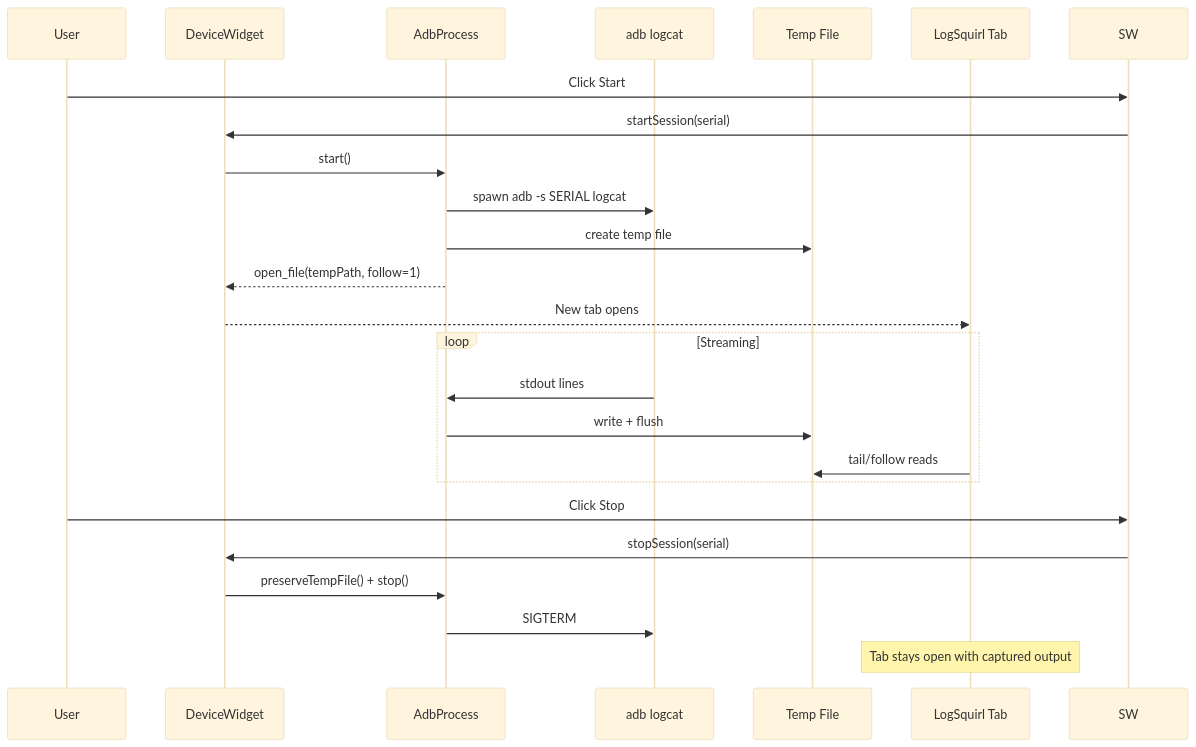
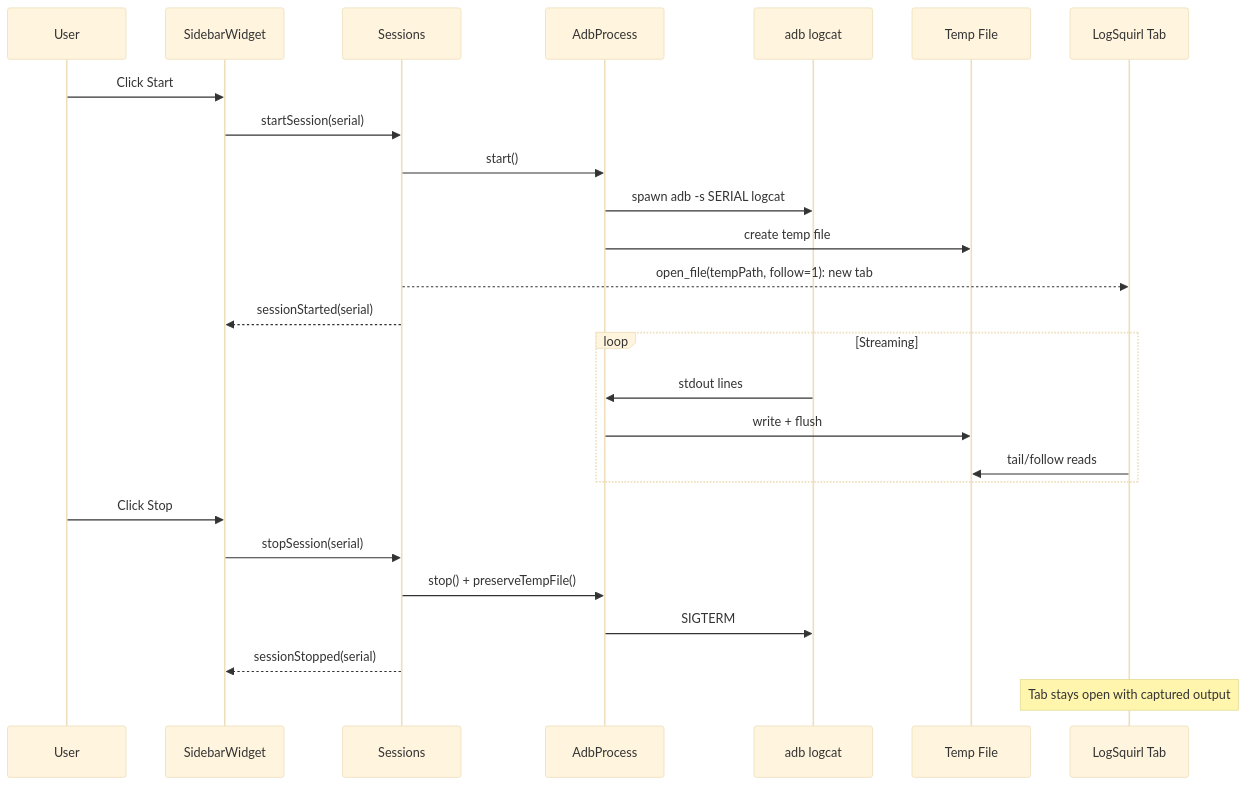
One commit to 64x-lunicorn/LogSquirl-Logcat changed the second of 3 diagrams in README.md. Above: the diagram before and after it, drawn with Mermaid (base theme). The commit also changed other lines of this file and 16 other files, not shown here.

````diff
--- a/README.md
+++ b/README.md
@@ -216,27 +220,29 @@
 ```mermaid
 sequenceDiagram
     participant User
-    participant DW as DeviceWidget
+    participant SW as SidebarWidget
+    participant S as Sessions
     participant AP as AdbProcess
     participant ADB as adb logcat
     participant TF as Temp File
     participant LS as LogSquirl Tab
 
     User->>SW: Click Start
-    SW->>DW: startSession(serial)
-    DW->>AP: start()
+    SW->>S: startSession(serial)
+    S->>AP: start()
     AP->>ADB: spawn adb -s SERIAL logcat
     AP->>TF: create temp file
-    AP-->>DW: open_file(tempPath, follow=1)
-    DW-->>LS: New tab opens
+    S-->>LS: open_file(tempPath, follow=1): new tab
+    S-->>SW: sessionStarted(serial)
     loop Streaming
         ADB->>AP: stdout lines
         AP->>TF: write + flush
         LS->>TF: tail/follow reads
     end
     User->>SW: Click Stop
-    SW->>DW: stopSession(serial)
-    DW->>AP: preserveTempFile() + stop()
+    SW->>S: stopSession(serial)
+    S->>AP: stop() + preserveTempFile()
     AP->>ADB: SIGTERM
+    S-->>SW: sessionStopped(serial)
     Note over LS: Tab stays open with captured output
 ```
````
